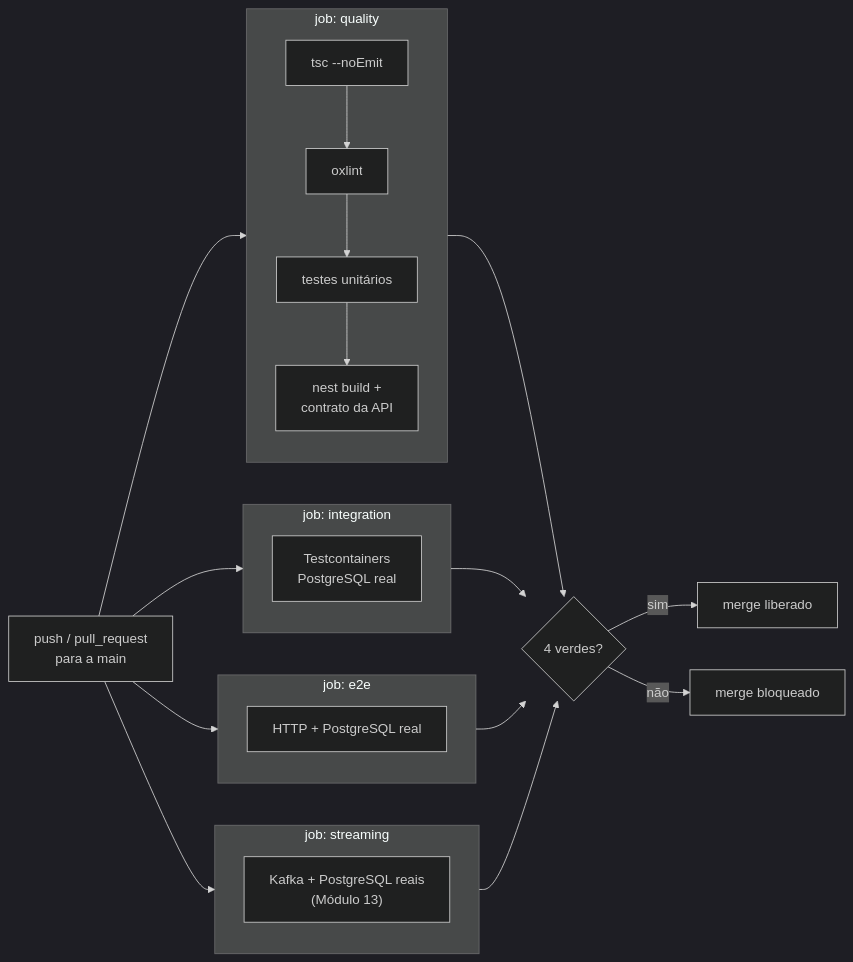
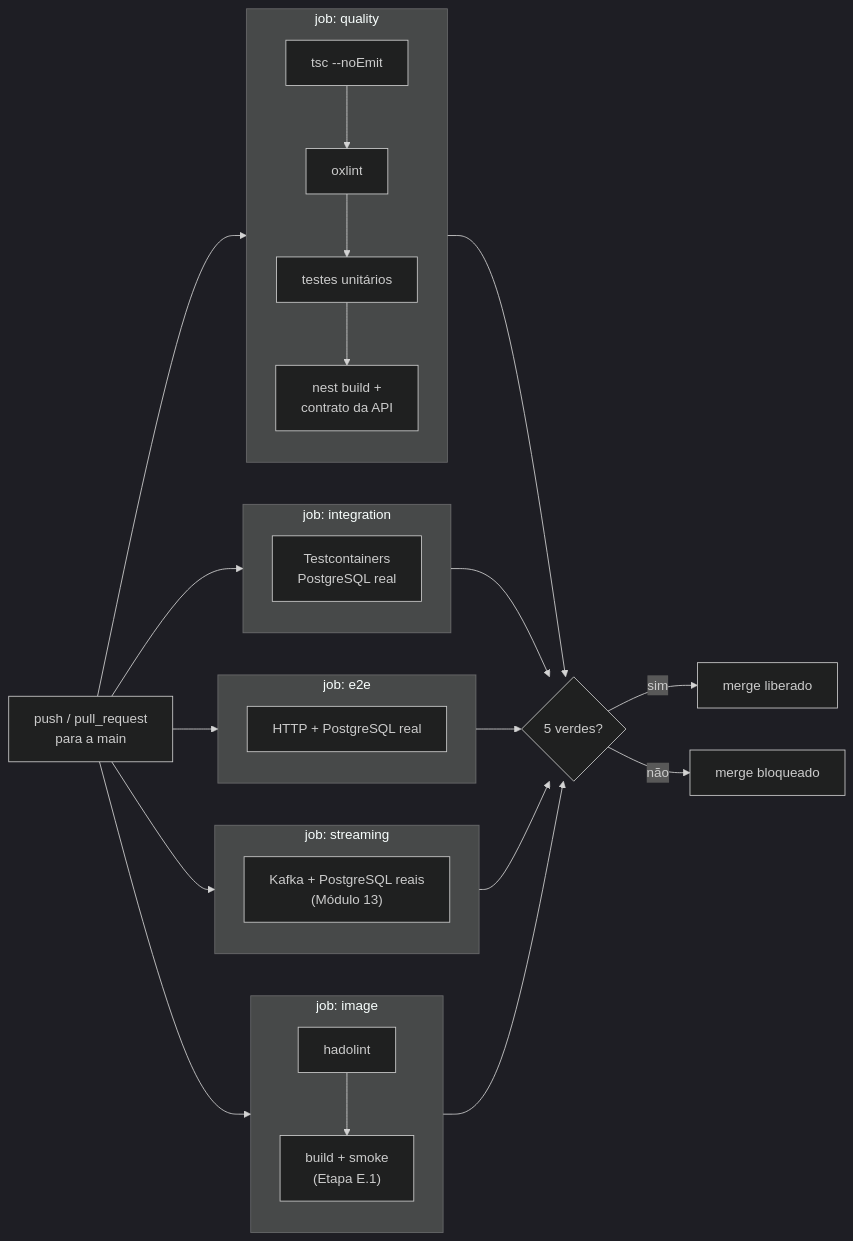
The diagram in docs/modules/03-ci-cd-github-actions.md (cassiocidrini/TaskFlow), drawn with Mermaid (dark theme) before and after one commit. The commit also changed other lines of this file and 9 other files, not shown here.

First line of the commit message:
build: imagem de produção em Node 24, não-root, com HEALTHCHECK e smoke no CI (E.1) (#41)

````diff
--- a/docs/modules/03-ci-cd-github-actions.md
+++ b/docs/modules/03-ci-cd-github-actions.md
@@ -55,26 +57,31 @@
 ```mermaid
 flowchart LR
     E["push / pull_request<br/>para a main"] --> Q
     E --> I
     E --> X
     E --> S
+    E --> D
     subgraph Q [job: quality]
         direction TB
         q1[tsc --noEmit] --> q2[oxlint] --> q3[testes unitários] --> q4["nest build +<br/>contrato da API"]
     end
     subgraph I [job: integration]
         i1["Testcontainers<br/>PostgreSQL real"]
     end
     subgraph X [job: e2e]
         x1["HTTP + PostgreSQL real"]
     end
     subgraph S [job: streaming]
         s1["Kafka + PostgreSQL reais<br/>(Módulo 13)"]
     end
-    Q --> M{4 verdes?}
+    subgraph D [job: image]
+        d1[hadolint] --> d2["build + smoke<br/>(Etapa E.1)"]
+    end
+    Q --> M{5 verdes?}
     I --> M
     X --> M
     S --> M
+    D --> M
     M -->|sim| OK[merge liberado]
     M -->|não| NO[merge bloqueado]
 ```
````
